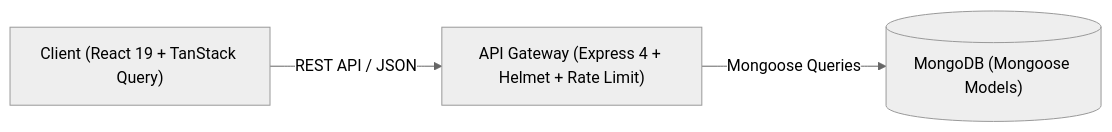
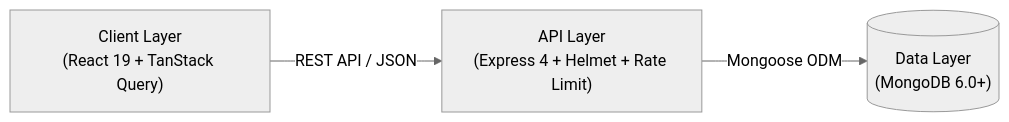
The diagram in docs/README.md (Purvesh-PJ/bloghub), drawn with Mermaid (neutral theme) before and after one commit. The commit also changed other lines of this file and 13 other files, not shown here.

````diff
--- a/docs/README.md
+++ b/docs/README.md
@@ -23,9 +26,9 @@
 ```mermaid
 flowchart LR
-    Client["Client (React 19 + TanStack Query)"]
-    API["API Gateway (Express 4 + Helmet + Rate Limit)"]
-    DB[("MongoDB (Mongoose Models)")]
+    Client["Client Layer<br/>(React 19 + TanStack Query)"]
+    Gateway["API Layer<br/>(Express 4 + Helmet + Rate Limit)"]
+    DB[("Data Layer<br/>(MongoDB 6.0+)")]
 
-    Client -->|REST API / JSON| API
-    API -->|Mongoose Queries| DB
+    Client -->|REST API / JSON| Gateway
+    Gateway -->|Mongoose ODM| DB
 ```
````
